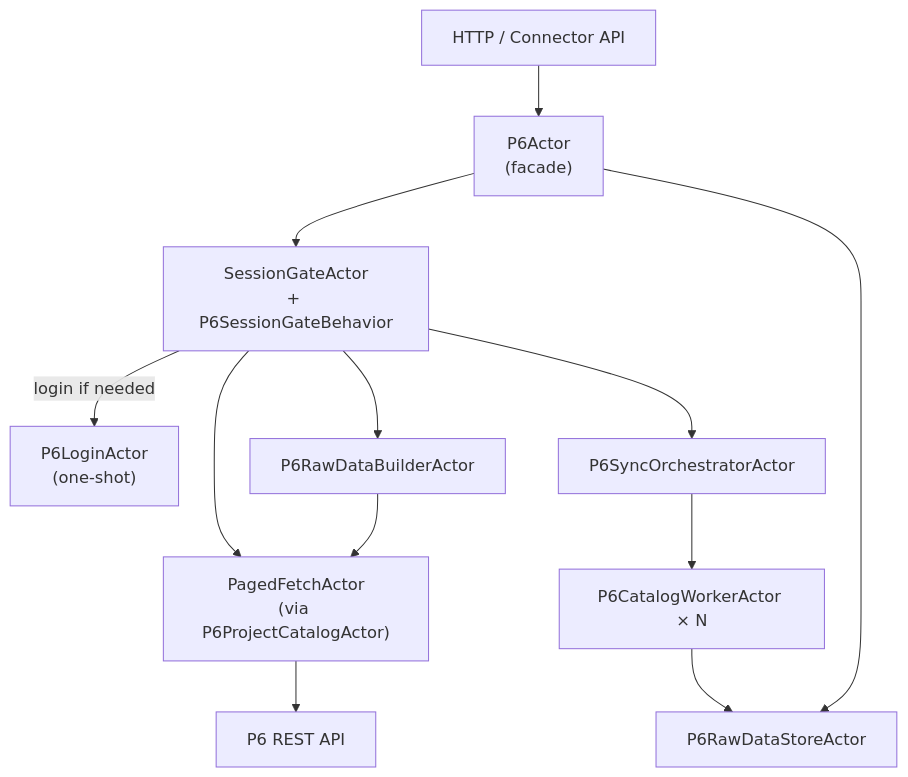
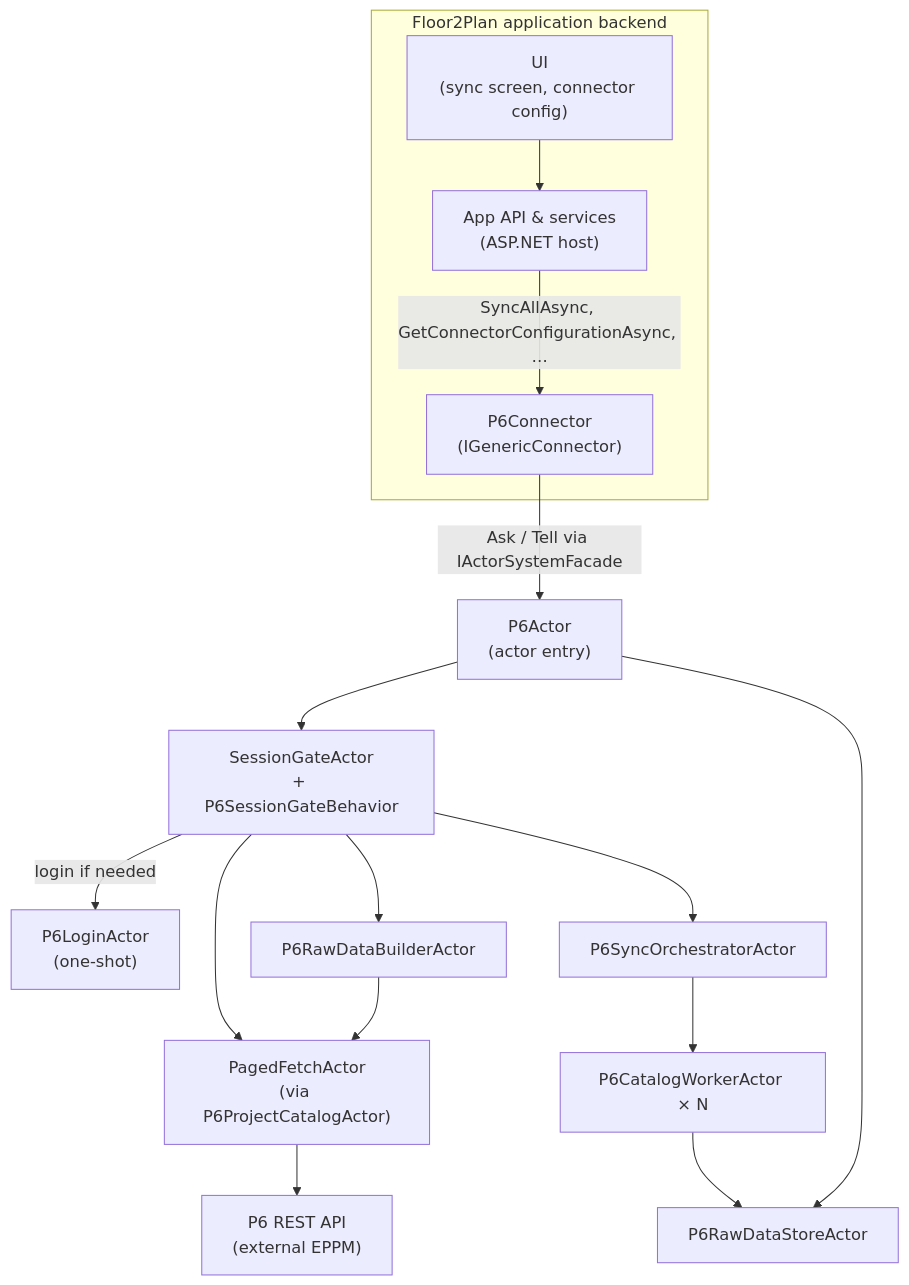
The third of 5 diagrams in OutOfTokens/docs/actor-overview.md (robbertF2P/Sandbox), drawn with Mermaid before and after one commit. The commit also changed other lines of this file, not shown here.

Commit message:
Clarify Big picture diagram: Floor2Plan UI/backend before P6Connector

````diff
--- a/OutOfTokens/docs/actor-overview.md
+++ b/OutOfTokens/docs/actor-overview.md
@@ -122,16 +124,24 @@
 ```mermaid
 flowchart TB
-    API["HTTP / Connector API"] --> P6["P6Actor\n(facade)"]
+    subgraph f2p ["Floor2Plan application backend"]
+        UI["UI\n(sync screen, connector config)"]
+        App["App API & services\n(ASP.NET host)"]
+        Connector["P6Connector\n(IGenericConnector)"]
+        UI --> App
+        App -->|"SyncAllAsync, GetConnectorConfigurationAsync, …"| Connector
+    end
+
+    Connector -->|"Ask / Tell via IActorSystemFacade"| P6["P6Actor\n(actor entry)"]
     P6 --> Session["SessionGateActor\n+ P6SessionGateBehavior"]
     P6 --> Store["P6RawDataStoreActor"]
 
     Session -->|"login if needed"| Login["P6LoginActor\n(one-shot)"]
     Session --> Catalog["PagedFetchActor\n(via P6ProjectCatalogActor)"]
     Session --> Raw["P6RawDataBuilderActor"]
     Session --> Sync["P6SyncOrchestratorActor"]
 
-    Catalog --> API_P6["P6 REST API"]
+    Catalog --> API_P6["P6 REST API\n(external EPPM)"]
     Raw --> Catalog
     Sync --> Workers["P6CatalogWorkerActor × N"]
     Workers --> Store
 ```
````
